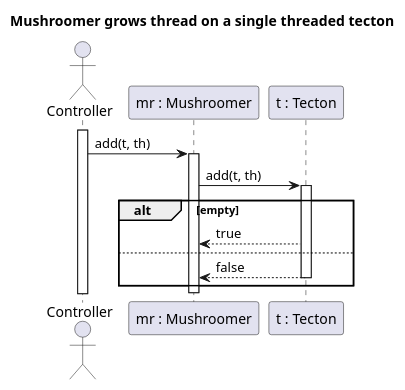
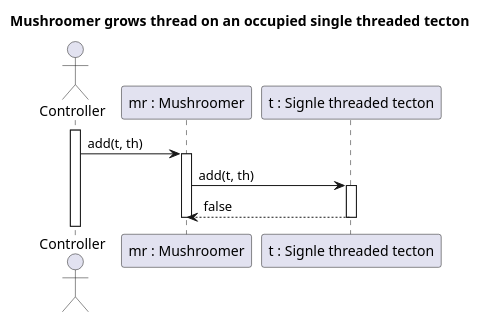
Before and after one commit to Petya-G/fungorium: the diagram in 5/sequences/growThreadOnSingleThreaded.puml, drawn with PlantUML. The commit also changed 6 other files, not shown here.

Commit message:
even more sequences

```diff
--- a/5/sequences/growThreadOnSingleThreaded.puml
+++ b/5/sequences/growThreadOnSingleThreaded.puml
@@ -1,25 +1,19 @@
 @startuml growThreadOnSingle
-title Mushroomer grows thread on a single threaded tecton
+title Mushroomer grows thread on an occupied single threaded tecton
 
 actor Controller
 participant "mr : Mushroomer" as MR
-participant "t : Tecton" as T
+participant "t : Signle threaded tecton" as T
 
 activate Controller
 Controller -> MR : add(t, th)
 activate MR
 
 MR -> T : add(t, th)
 activate T
 
-alt empty
-
-MR <-- T : true
-
-else
 MR <-- T : false
 deactivate T
-end
 
 deactivate MR
 @enduml
```
